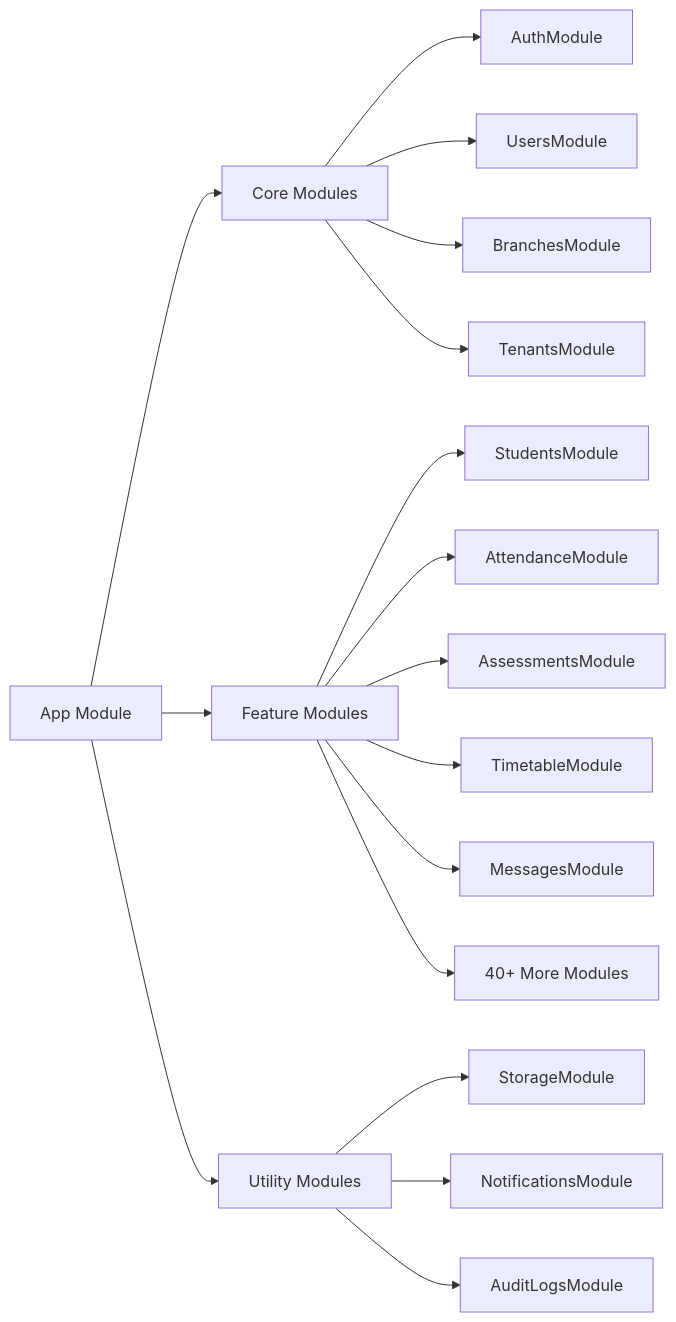
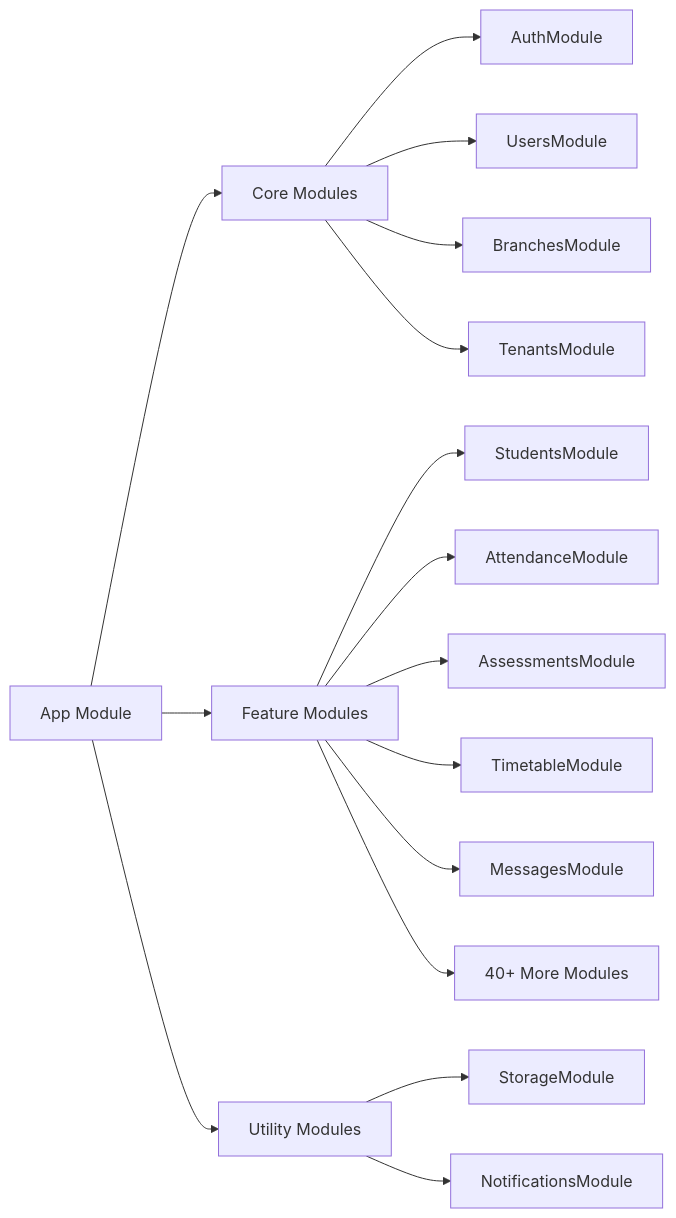
The second of 10 diagrams in docs/developer-guide/architecture.md (NTGClarityPK/ntg-sms-v1), drawn with Mermaid before and after one commit. The commit also changed other lines of this file and 148 other files, not shown here.

````diff
--- a/docs/developer-guide/architecture.md
+++ b/docs/developer-guide/architecture.md
@@ -126,22 +126,21 @@
 ```mermaid
 graph LR
     A[App Module] --> B[Core Modules]
     A --> C[Feature Modules]
     A --> D[Utility Modules]
     
     B --> B1[AuthModule]
     B --> B2[UsersModule]
     B --> B3[BranchesModule]
     B --> B4[TenantsModule]
     
     C --> C1[StudentsModule]
     C --> C2[AttendanceModule]
     C --> C3[AssessmentsModule]
     C --> C4[TimetableModule]
     C --> C5[MessagesModule]
     C --> C6[40+ More Modules]
     
     D --> D1[StorageModule]
     D --> D2[NotificationsModule]
-    D --> D3[AuditLogsModule]
 ```
````
